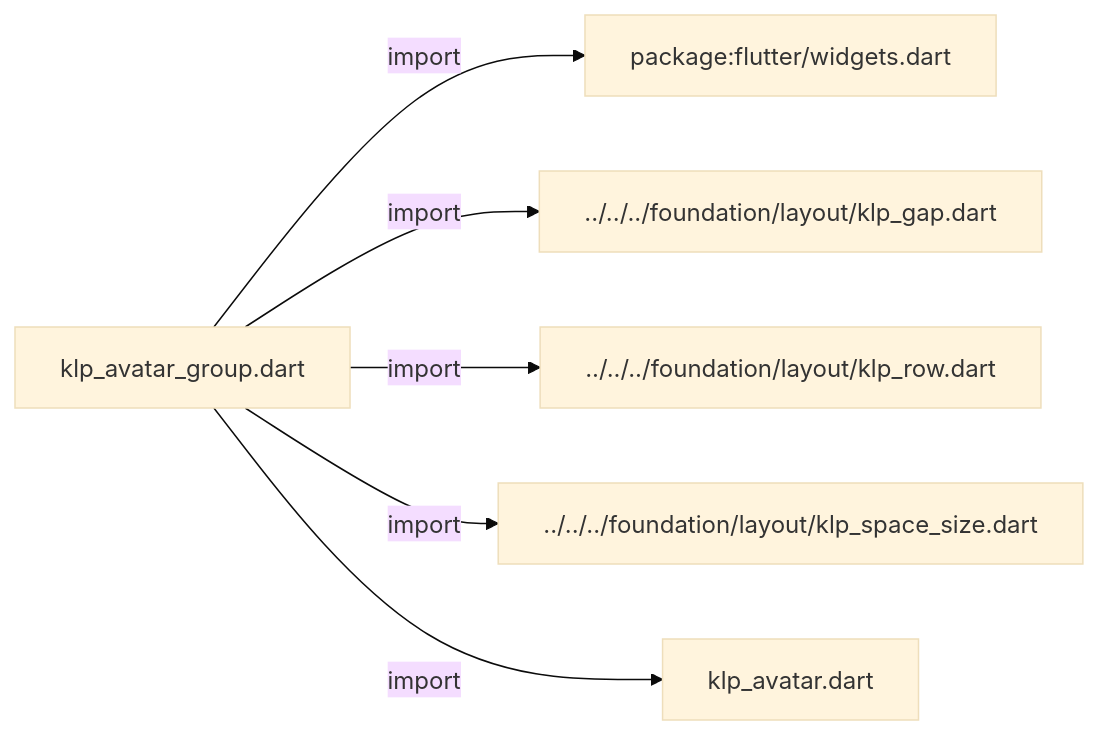
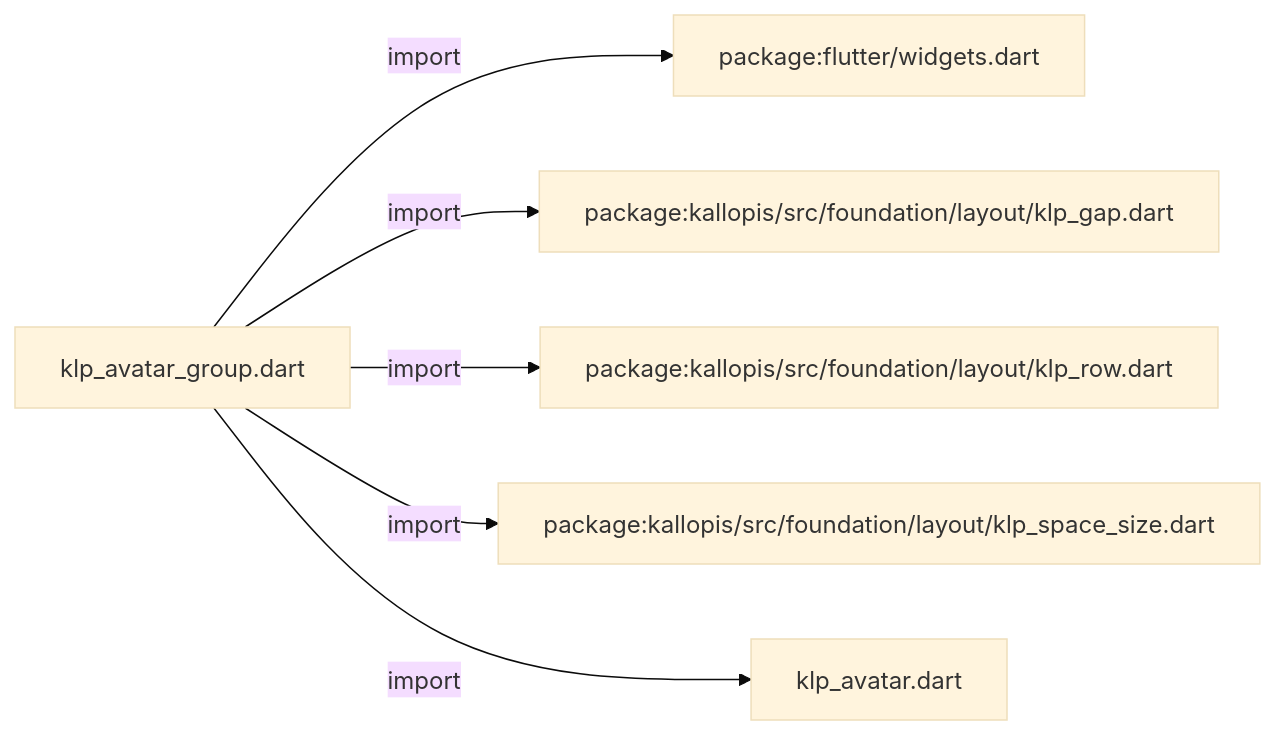
Before and after one commit to MiuDog/Kallopis: the first of 3 diagrams in docs/architecture/src/features/collections/avatar/klp_avatar_group.md, drawn with Mermaid (base theme). The commit also changed other lines of this file and 9688 other files, not shown here.

Commit message:
Prepare isolated Flow F2 peer baseline

````diff
--- a/docs/architecture/src/features/collections/avatar/klp_avatar_group.md
+++ b/docs/architecture/src/features/collections/avatar/klp_avatar_group.md
@@ -11,14 +11,14 @@
 ```mermaid
 flowchart LR
 	n0["klp_avatar_group.dart"]
 	n1["package:flutter/widgets.dart"]
-	n2["../../../foundation/layout/klp_gap.dart"]
-	n3["../../../foundation/layout/klp_row.dart"]
-	n4["../../../foundation/layout/klp_space_size.dart"]
+	n2["package:kallopis/src/foundation/layout/klp_gap.dart"]
+	n3["package:kallopis/src/foundation/layout/klp_row.dart"]
+	n4["package:kallopis/src/foundation/layout/klp_space_size.dart"]
 	n5["klp_avatar.dart"]
 	n0 -->|"import"| n1
 	n0 -->|"import"| n2
 	n0 -->|"import"| n3
 	n0 -->|"import"| n4
 	n0 -->|"import"| n5
 ```
````
